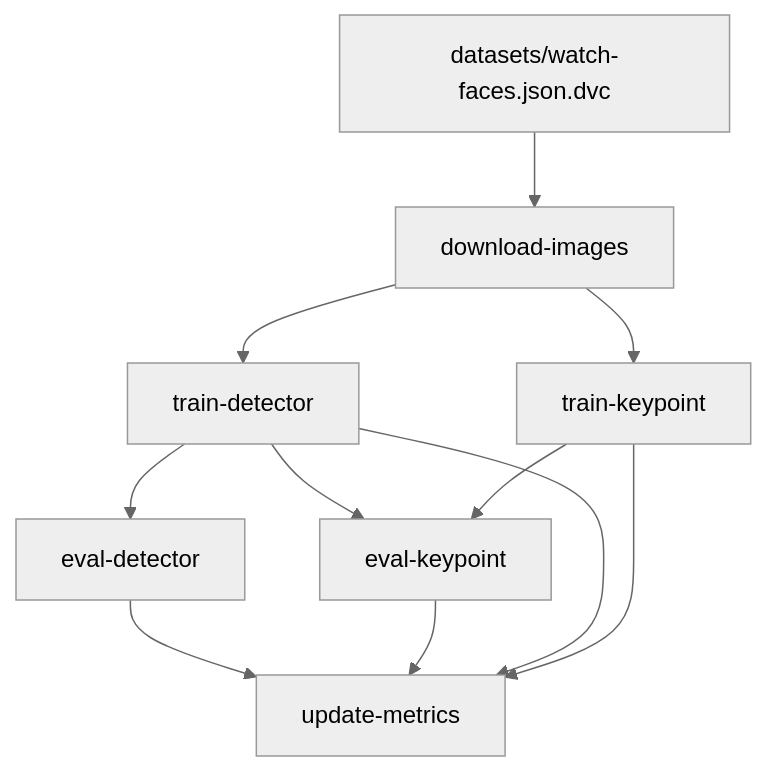
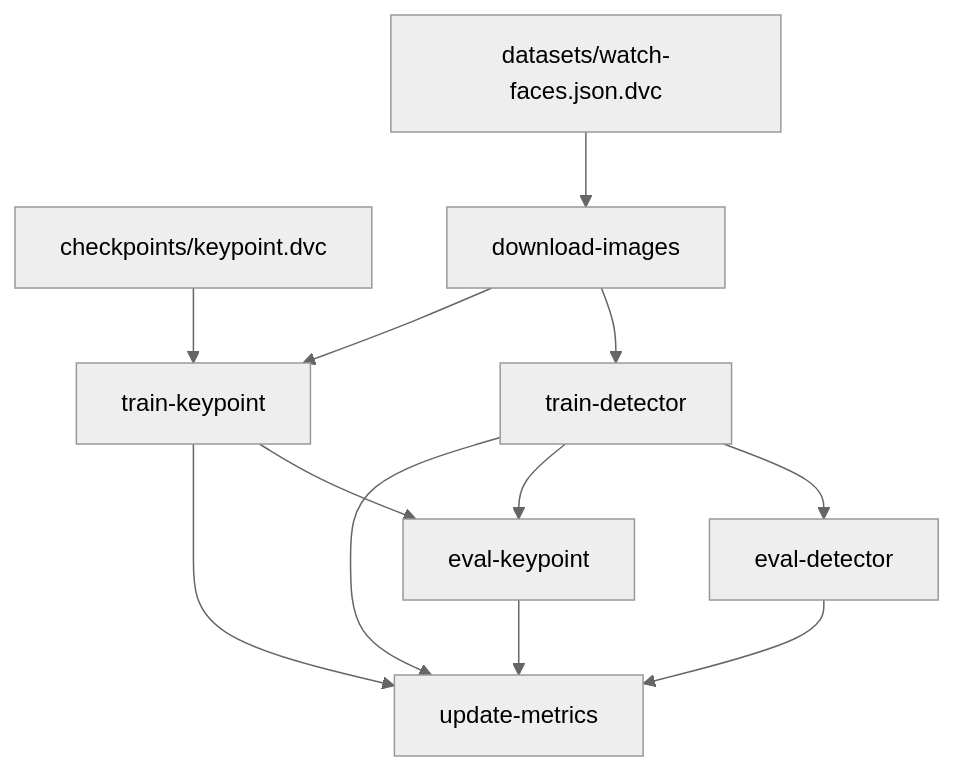
One commit to akucia/analog-watch-recognition changed the diagram in README.md. Above: the diagram before and after it, drawn with Mermaid (neutral theme). The commit also changed other lines of this file and 9 other files, not shown here.

````diff
--- a/README.md
+++ b/README.md
@@ -11,20 +11,22 @@
 ```mermaid
 flowchart TD
-	node1["datasets/watch-faces.json.dvc"]
-	node2["download-images"]
-	node3["eval-detector"]
-	node4["eval-keypoint"]
-	node5["train-detector"]
-	node6["train-keypoint"]
-	node7["update-metrics"]
-	node1-->node2
-	node2-->node5
-	node2-->node6
+	node1["checkpoints/keypoint.dvc"]
+	node2["datasets/watch-faces.json.dvc"]
+	node3["download-images"]
+	node4["eval-detector"]
+	node5["eval-keypoint"]
+	node6["train-detector"]
+	node7["train-keypoint"]
+	node8["update-metrics"]
+	node1-->node7
+	node2-->node3
+	node3-->node6
 	node3-->node7
-	node4-->node7
-	node5-->node3
-	node5-->node4
-	node5-->node7
+	node4-->node8
+	node5-->node8
 	node6-->node4
-	node6-->node7
+	node6-->node5
+	node6-->node8
+	node7-->node5
+	node7-->node8
 ```
````
